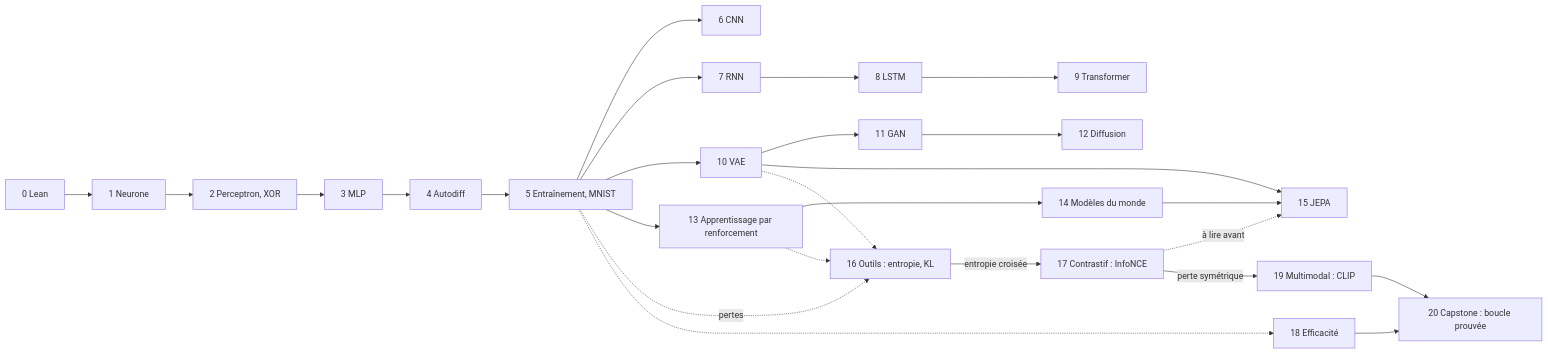
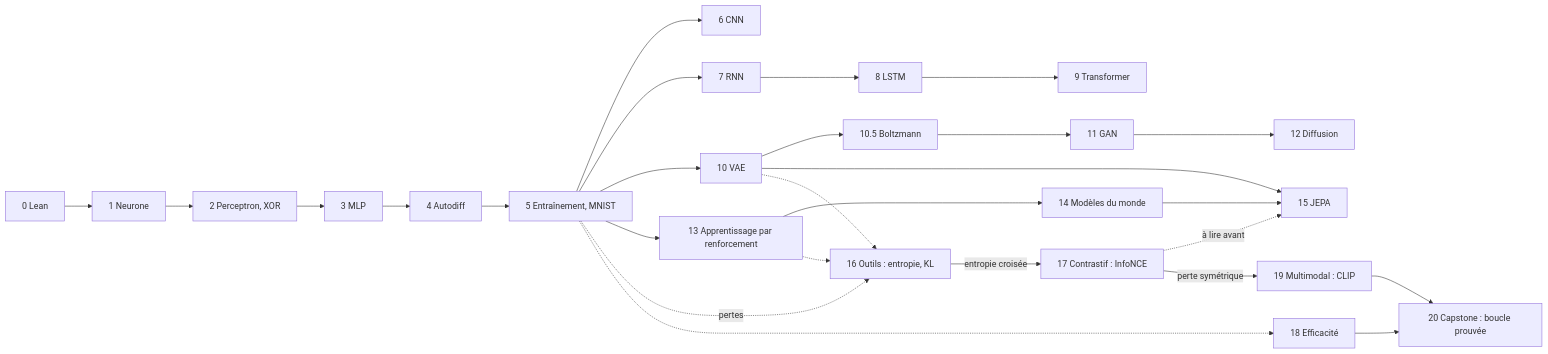
The diagram in website/i18n/fr/docusaurus-plugin-content-docs/current/index.mdx (citron/LEAIN4), drawn with Mermaid before and after one commit. The commit also changed other lines of this file and 54 other files, not shown here.

````diff
--- a/website/i18n/fr/docusaurus-plugin-content-docs/current/index.mdx
+++ b/website/i18n/fr/docusaurus-plugin-content-docs/current/index.mdx
@@ -30,20 +30,20 @@
 ```mermaid
 flowchart LR
   c0["0 Lean"] --> c1["1 Neurone"] --> c2["2 Perceptron, XOR"] --> c3["3 MLP"] --> c4["4 Autodiff"] --> c5["5 Entraînement, MNIST"]
   c5 --> c6["6 CNN"]
   c5 --> c7["7 RNN"] --> c8["8 LSTM"] --> c9["9 Transformer"]
-  c5 --> c10["10 VAE"] --> c11["11 GAN"] --> c12["12 Diffusion"]
+  c5 --> c10["10 VAE"] --> c105["10.5 Boltzmann"] --> c11["11 GAN"] --> c12["12 Diffusion"]
   c5 --> c13["13 Apprentissage par renforcement"] --> c14["14 Modèles du monde"]
   c10 --> c15["15 JEPA"]
   c14 --> c15
   c5 -.->|pertes| c16["16 Outils : entropie, KL"]
   c16 -->|entropie croisée| c17["17 Contrastif : InfoNCE"]
   c17 -.->|à lire avant| c15
   c17 -->|perte symétrique| c19["19 Multimodal : CLIP"]
   c5 -.-> c18["18 Efficacité"]
   c20["20 Capstone : boucle prouvée"]
   c19 --> c20
   c18 --> c20
   c10 -.-> c16
   c13 -.-> c16
 ```
````
